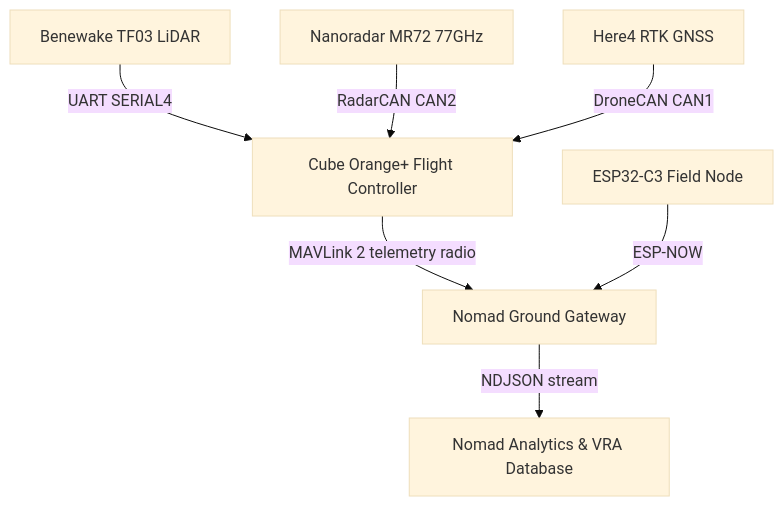
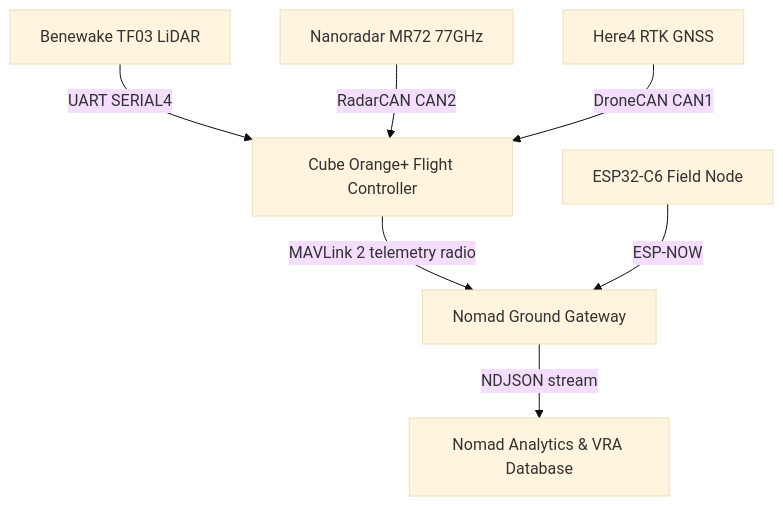
Before and after one commit to Duszed/Nomad-Aerospace-Flight-Systems: the diagram in README.md, drawn with Mermaid (base theme). The commit also changed other lines of this file, not shown here.

````diff
--- a/README.md
+++ b/README.md
@@ -34,9 +33,9 @@
 ```mermaid
 graph TD
     A[Cube Orange+ Flight Controller] -->|MAVLink 2 telemetry radio| B[Nomad Ground Gateway]
     C[Benewake TF03 LiDAR] -->|UART SERIAL4| A
     D[Nanoradar MR72 77GHz] -->|RadarCAN CAN2| A
     G[Here4 RTK GNSS] -->|DroneCAN CAN1| A
-    E[ESP32-C3 Field Node] -->|ESP-NOW| B
+    E[ESP32-C6 Field Node] -->|ESP-NOW| B
     B -->|NDJSON stream| F[Nomad Analytics & VRA Database]
 ```
````
